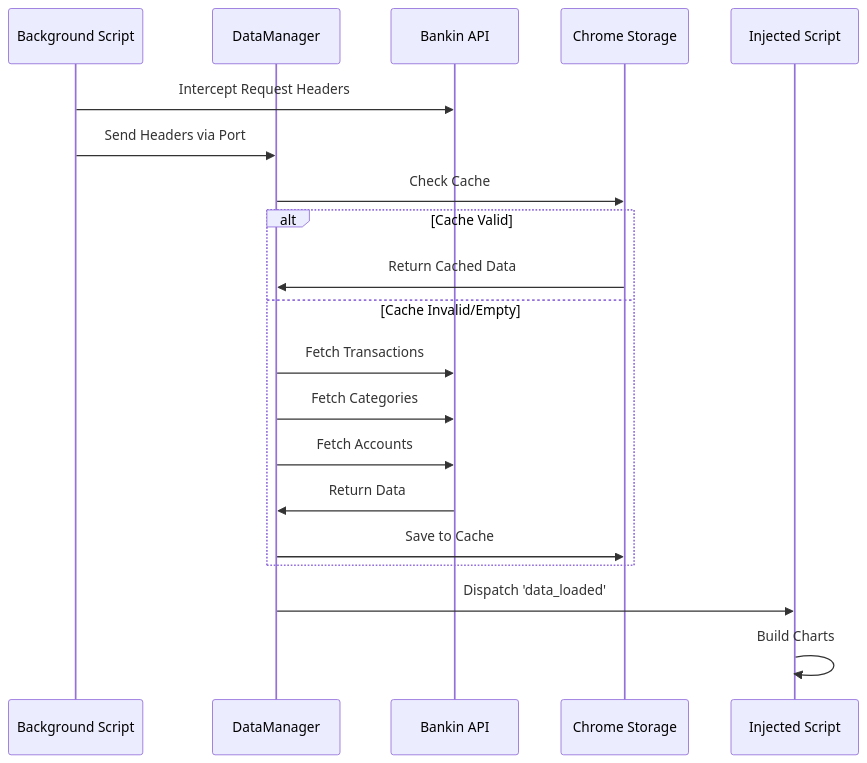
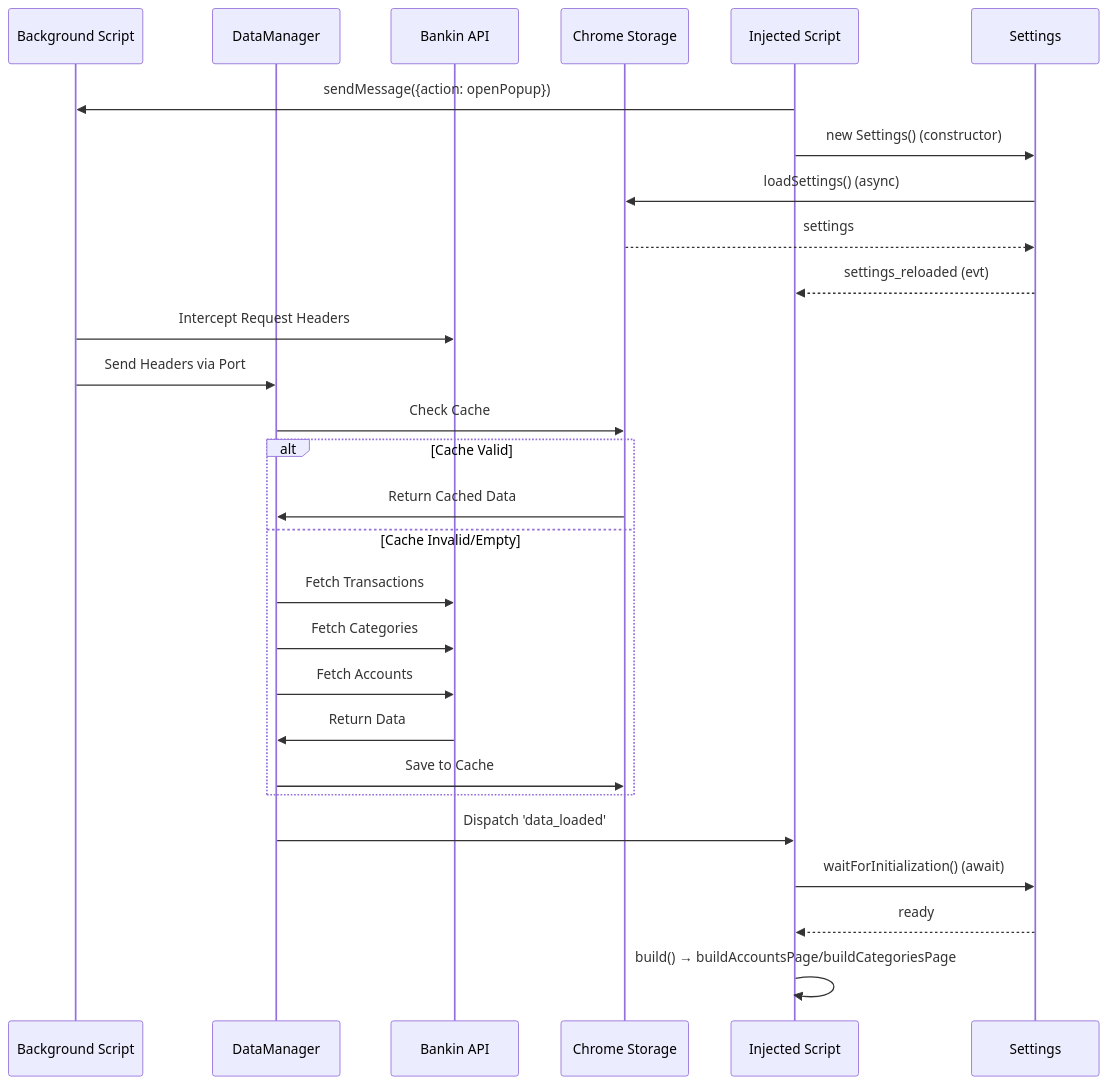
Before and after one commit to Thorfy/Pecunio: the second of 3 diagrams in docs/ARCHITECTURE.md, drawn with Mermaid. The commit also changed other lines of this file and 8 other files, not shown here.

First line of the commit message:
Implement popup opening functionality and enhance settings management

````diff
--- a/docs/ARCHITECTURE.md
+++ b/docs/ARCHITECTURE.md
@@ -84,23 +84,32 @@
 ```mermaid
 sequenceDiagram
     participant BG as Background Script
     participant DM as DataManager
     participant API as Bankin API
     participant STORAGE as Chrome Storage
     participant INJ as Injected Script
+    participant SETTINGS as Settings
+    
+    INJ->>BG: sendMessage({action: openPopup})
+    INJ->>SETTINGS: new Settings() (constructor)
+    SETTINGS->>STORAGE: loadSettings() (async)
+    STORAGE-->>SETTINGS: settings
+    SETTINGS-->>INJ: settings_reloaded (evt)
     
     BG->>API: Intercept Request Headers
     BG->>DM: Send Headers via Port
     DM->>STORAGE: Check Cache
     alt Cache Valid
         STORAGE->>DM: Return Cached Data
     else Cache Invalid/Empty
         DM->>API: Fetch Transactions
         DM->>API: Fetch Categories
         DM->>API: Fetch Accounts
         API->>DM: Return Data
         DM->>STORAGE: Save to Cache
     end
     DM->>INJ: Dispatch 'data_loaded'
-    INJ->>INJ: Build Charts
+    INJ->>SETTINGS: waitForInitialization() (await)
+    SETTINGS-->>INJ: ready
+    INJ->>INJ: build() → buildAccountsPage/buildCategoriesPage
 ```
````
